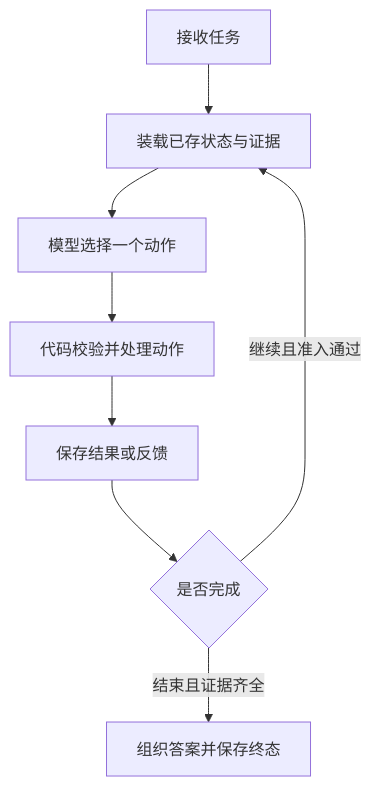
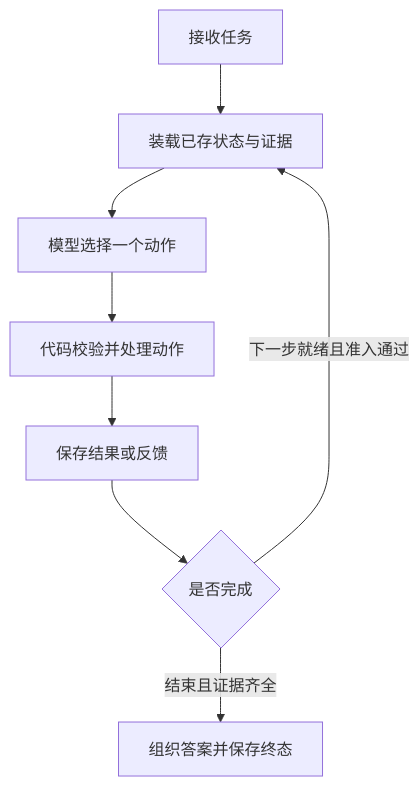
One commit to zjqylhy/nl2sql_agent changed the second of 4 diagrams in docs/business-analysis-assistant-design.md. Above: the diagram before and after it, drawn with Mermaid. The commit also changed other lines of this file and 13 other files, not shown here.

````diff
--- a/docs/business-analysis-assistant-design.md
+++ b/docs/business-analysis-assistant-design.md
@@ -217,10 +217,10 @@
 ```mermaid
 flowchart TD
     I[接收任务] --> S[装载已存状态与证据]
     S --> M[模型选择一个动作]
     M --> A[代码校验并处理动作]
     A --> P[保存结果或反馈]
     P --> C{是否完成}
-    C -->|继续且准入通过| S
+    C -->|下一步就绪且准入通过| S
     C -->|结束且证据齐全| O[组织答案并保存终态]
 ```
````
